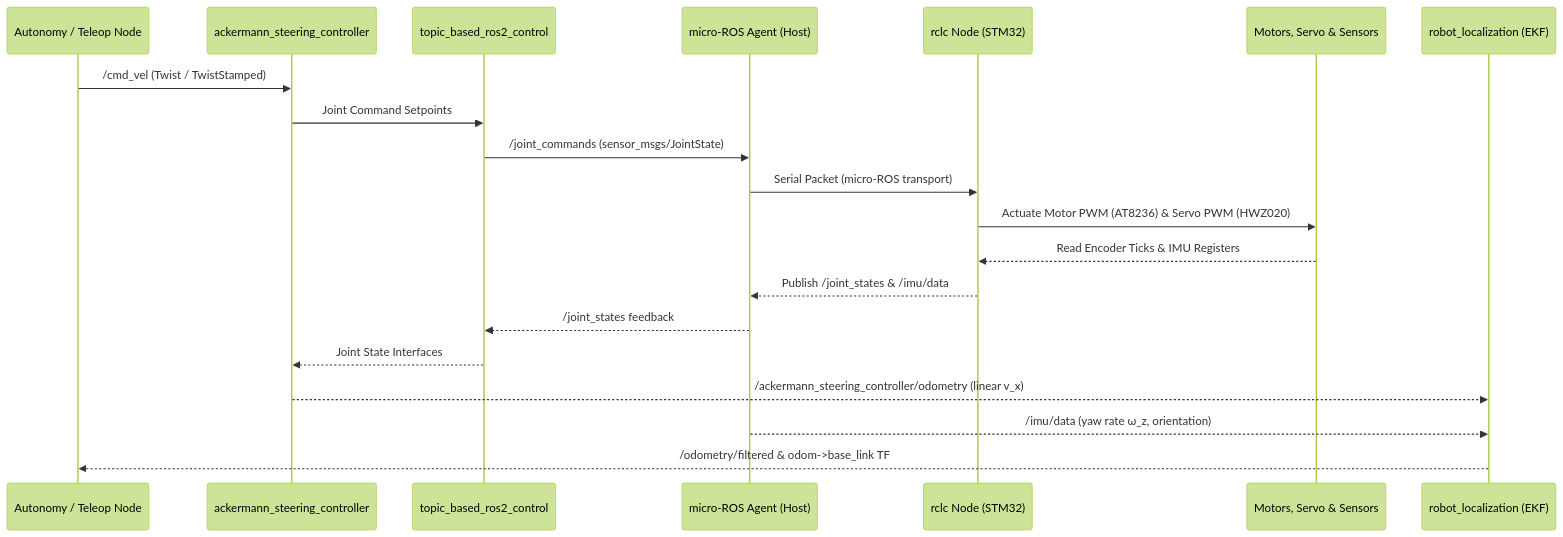
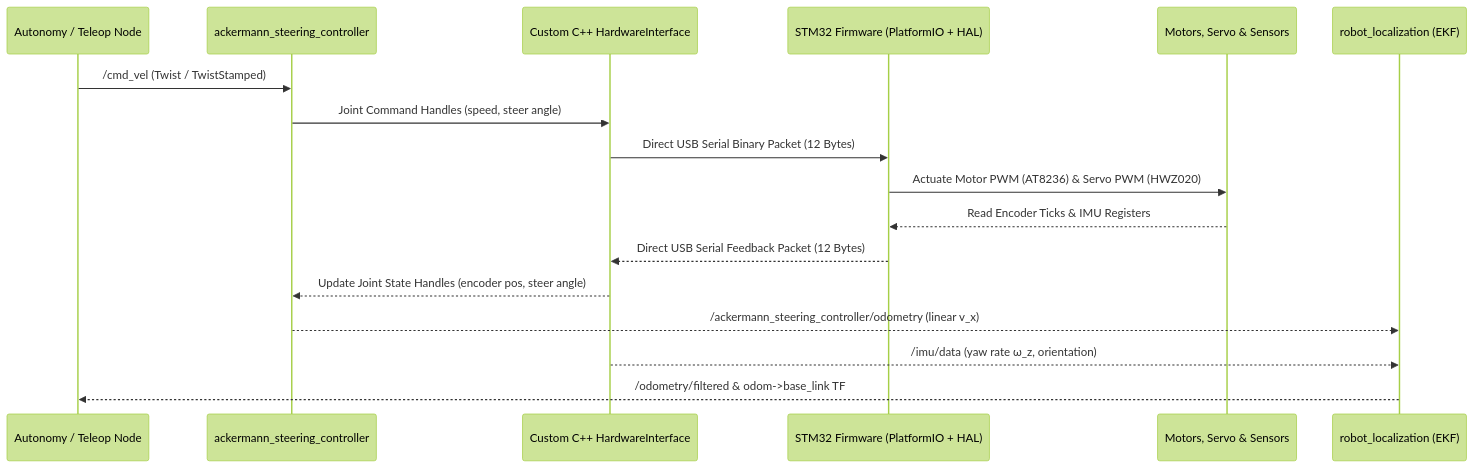
The second of 2 diagrams in docs/architecture.md (Alvin0523/mdp), drawn with Mermaid (forest theme) before and after one commit. The commit also changed other lines of this file and 1 other file, not shown here.

First line of the commit message:
docs: carry forward pre-existing uncommitted hardware/firmware notes

````diff
--- a/docs/architecture.md
+++ b/docs/architecture.md
@@ -91,24 +89,21 @@
 ```mermaid
 sequenceDiagram
   participant User as Autonomy / Teleop Node
   participant ASC as ackermann_steering_controller
-  participant HWI as topic_based_ros2_control
-  participant Agent as micro-ROS Agent (Host)
-  participant MCU as rclc Node (STM32)
+  participant HWI as Custom C++ HardwareInterface
+  participant MCU as STM32 Firmware (PlatformIO + HAL)
   participant HW as Motors, Servo & Sensors
   participant EKF as robot_localization (EKF)
 
   User->>ASC: /cmd_vel (Twist / TwistStamped)
-  ASC->>HWI: Joint Command Setpoints
-  HWI->>Agent: /joint_commands (sensor_msgs/JointState)
-  Agent->>MCU: Serial Packet (micro-ROS transport)
+  ASC->>HWI: Joint Command Handles (speed, steer angle)
+  HWI->>MCU: Direct USB Serial Binary Packet (12 Bytes)
   MCU->>HW: Actuate Motor PWM (AT8236) & Servo PWM (HWZ020)
   
   HW-->>MCU: Read Encoder Ticks & IMU Registers
-  MCU-->>Agent: Publish /joint_states & /imu/data
-  Agent-->>HWI: /joint_states feedback
-  HWI-->>ASC: Joint State Interfaces
+  MCU-->>HWI: Direct USB Serial Feedback Packet (12 Bytes)
+  HWI-->>ASC: Update Joint State Handles (encoder pos, steer angle)
   ASC-->>EKF: /ackermann_steering_controller/odometry (linear v_x)
-  Agent-->>EKF: /imu/data (yaw rate ω_z, orientation)
+  HWI-->>EKF: /imu/data (yaw rate ω_z, orientation)
   EKF-->>User: /odometry/filtered & odom->base_link TF
 ```
````
